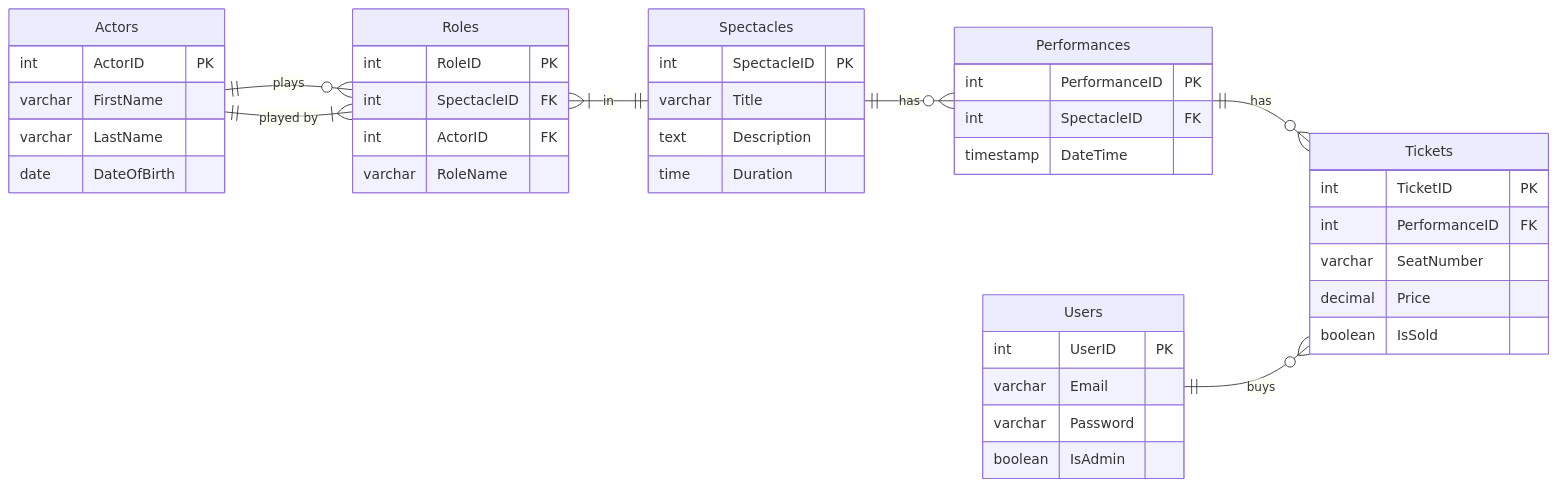
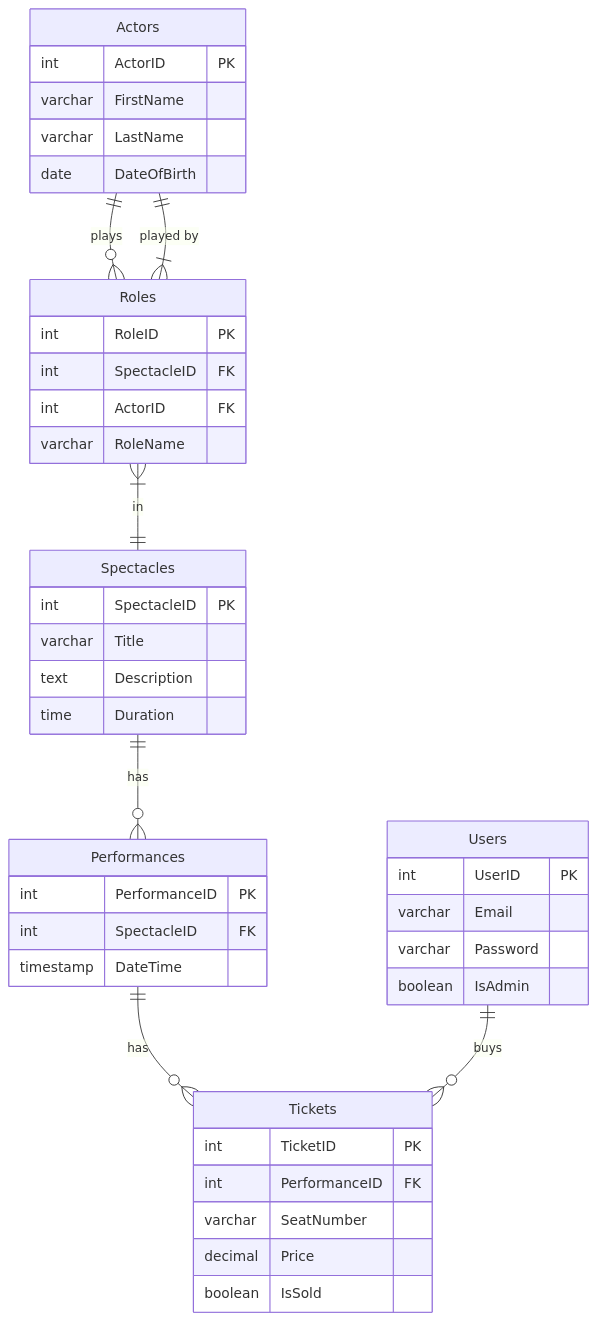
The diagram in ksv/lab2_1/README.md (ThePigeonKing/Database2023), drawn with Mermaid before and after one commit. The commit also changed other lines of this file and 4 other files, not shown here.

````diff
--- a/ksv/lab2_1/README.md
+++ b/ksv/lab2_1/README.md
@@ -50,52 +50,50 @@
 ```mermaid
 erDiagram 
-    direction LR
-
     Spectacles ||--o{ Performances : "has"
     Spectacles {
         int SpectacleID PK
         varchar Title
         text Description
         time Duration
     }
 
     Performances ||--o{ Tickets : "has"
     Performances {
         int PerformanceID PK
         int SpectacleID FK
         timestamp DateTime
     }
 
     Tickets {
         int TicketID PK
         int PerformanceID FK
         varchar SeatNumber
         decimal Price
         boolean IsSold
     }
 
     Actors ||--o{ Roles : "plays"
     Actors {
         int ActorID PK
         varchar FirstName
         varchar LastName
         date DateOfBirth
     }
 
     Roles }|--|| Spectacles : "in"
     Roles }|--|| Actors : "played by"
     Roles {
         int RoleID PK
         int SpectacleID FK
         int ActorID FK
         varchar RoleName
     }
 
     Users ||--o{ Tickets : "buys"
     Users {
         int UserID PK
         varchar Email
         varchar Password
         boolean IsAdmin
     }
 ```
````
